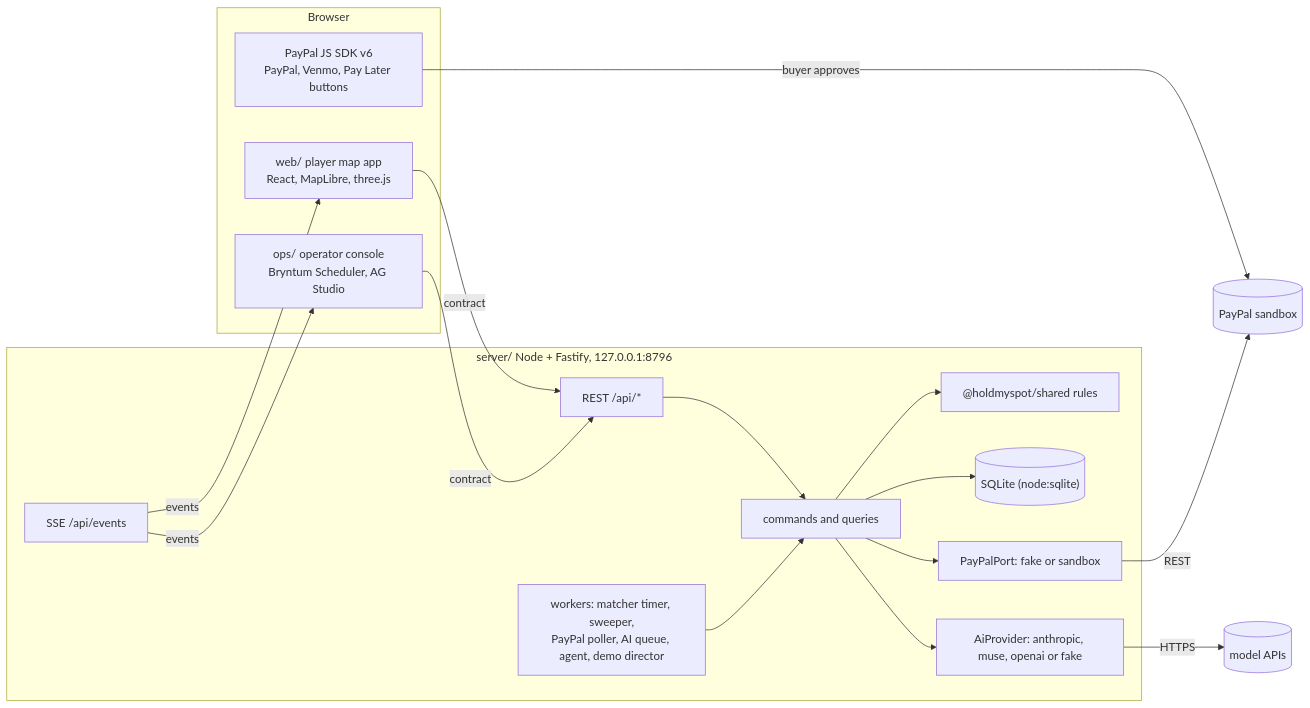
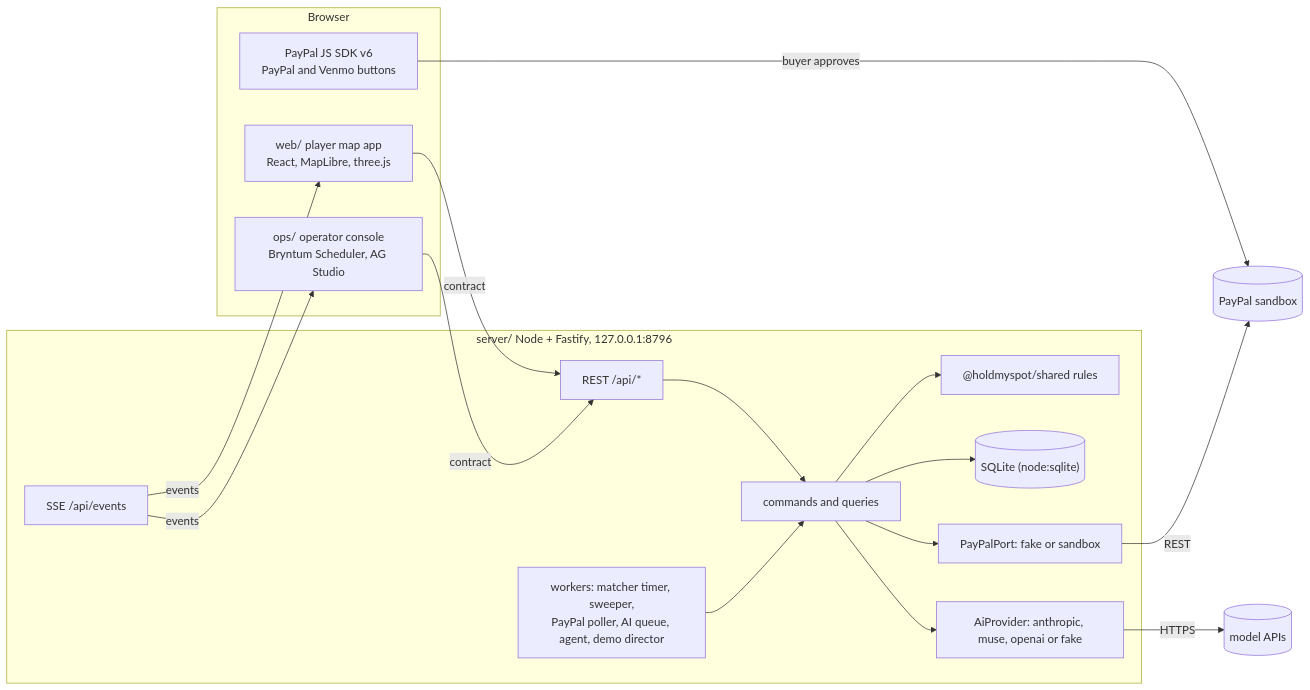
Before and after one commit to eric2612115/HoldMySpot: the diagram in docs/ARCHITECTURE.md, drawn with Mermaid. The commit also changed other lines of this file and 4 other files, not shown here.

````diff
--- a/docs/ARCHITECTURE.md
+++ b/docs/ARCHITECTURE.md
@@ -15,28 +13,28 @@
 ```mermaid
 flowchart LR
   subgraph Browser
     W["web/ player map app<br/>React, MapLibre, three.js"]
     O["ops/ operator console<br/>Bryntum Scheduler, AG Studio"]
-    SDK["PayPal JS SDK v6<br/>PayPal, Venmo, Pay Later buttons"]
+    SDK["PayPal JS SDK v6<br/>PayPal and Venmo buttons"]
   end
   subgraph S["server/ Node + Fastify, 127.0.0.1:8796"]
     API["REST /api/*"]
     EV["SSE /api/events"]
     APP["commands and queries"]
     RULES["@holdmyspot/shared rules"]
     DB[("SQLite (node:sqlite)")]
     PP["PayPalPort: fake or sandbox"]
     AIP["AiProvider: anthropic, muse, openai or fake"]
     WK["workers: matcher timer, sweeper,<br/>PayPal poller, AI queue, agent, demo director"]
   end
   W -->|contract| API
   O -->|contract| API
   EV -->|events| W
   EV -->|events| O
   SDK -->|buyer approves| PAYPAL[("PayPal sandbox")]
   API --> APP --> RULES
   APP --> DB
   APP --> PP -->|REST| PAYPAL
   APP --> AIP -->|HTTPS| MODELS[("model APIs")]
   WK --> APP
 ```
````
